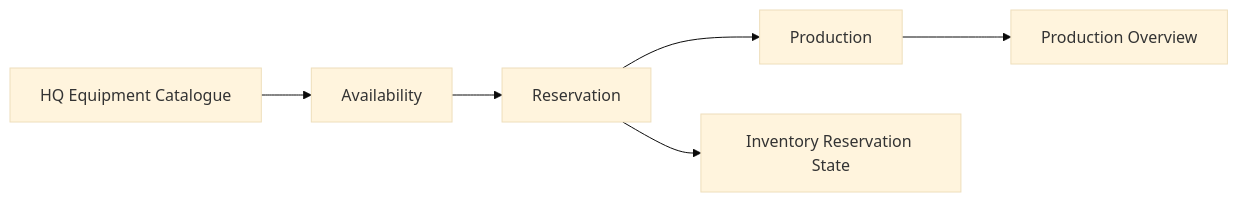
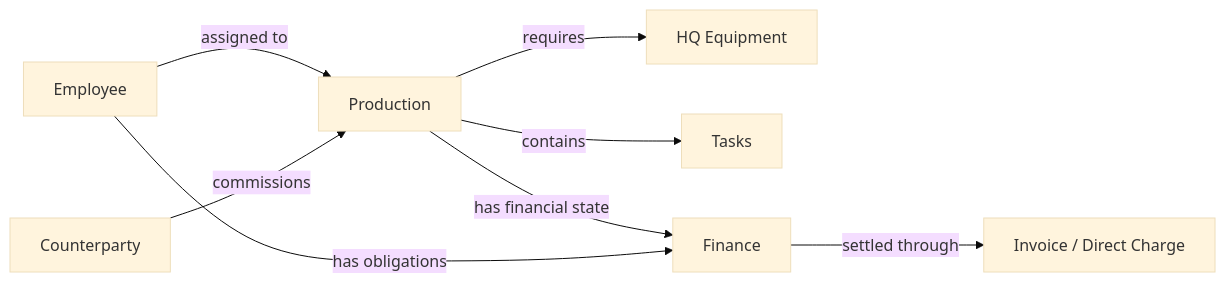
One commit to sufibuildwith-py/sa-controlcentre changed the ninth of 12 diagrams in README.md. Above: the diagram before and after it, drawn with Mermaid (base theme). The commit also changed other lines of this file, not shown here.

Commit message:
docs: overhaul README to represent connected operating system and EVE architecture

````diff
--- a/README.md
+++ b/README.md
@@ -286,8 +481,10 @@
 ```mermaid
 flowchart LR
-    CAT[HQ Equipment Catalogue] --> AV[Availability]
-    AV --> RES[Reservation]
-    RES --> PROD[Production]
-    PROD --> OVR[Production Overview]
-    RES --> INV[Inventory Reservation State]
+    EMP[Employee] -->|assigned to| PROD[Production]
+    PROD -->|requires| HQ_EQ[HQ Equipment]
+    PROD -->|contains| TASK[Tasks]
+    PROD -->|has financial state| FIN[Finance]
+    FIN -->|settled through| BILL[Invoice / Direct Charge]
+    PARTY[Counterparty] -->|commissions| PROD
+    EMP -->|has obligations| FIN
 ```
````
